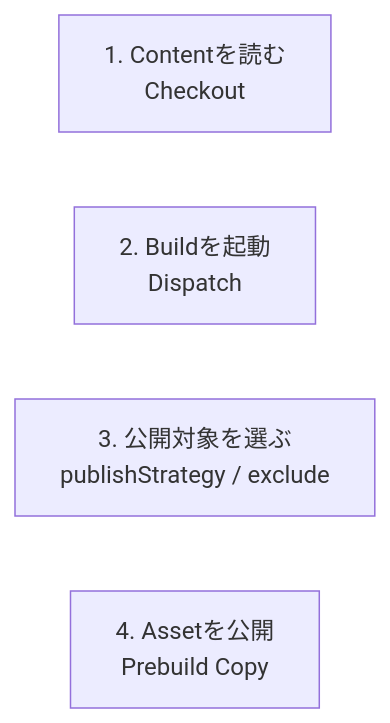
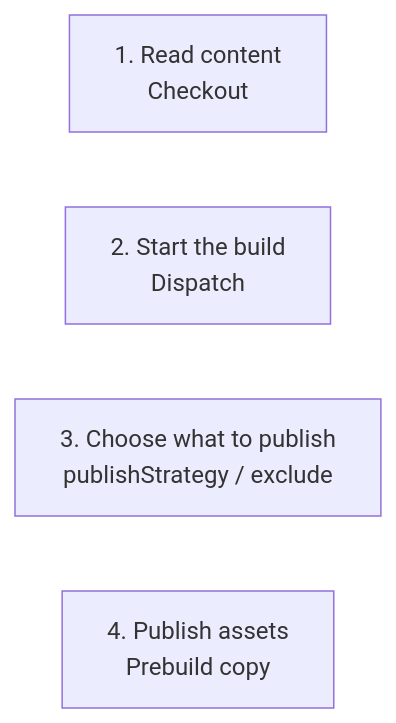
Before and after one commit to Rerurate514/riebeckite: the tenth of 10 diagrams in docs/docs/guides/content-repositories.md, drawn with Mermaid. The commit also changed other lines of this file and 604 other files, not shown here.

````diff
--- a/docs/docs/guides/content-repositories.md
+++ b/docs/docs/guides/content-repositories.md
@@ -1067,7 +516,7 @@
 ```mermaid
 flowchart LR
-    Read["1. Contentを読む<br/>Checkout"]
-    Trigger["2. Buildを起動<br/>Dispatch"]
-    Publish["3. 公開対象を選ぶ<br/>publishStrategy / exclude"]
-    Assets["4. Assetを公開<br/>Prebuild Copy"]
+    Read["1. Read content<br/>Checkout"]
+    Trigger["2. Start the build<br/>Dispatch"]
+    Publish["3. Choose what to publish<br/>publishStrategy / exclude"]
+    Assets["4. Publish assets<br/>Prebuild copy"]
 ```
````
